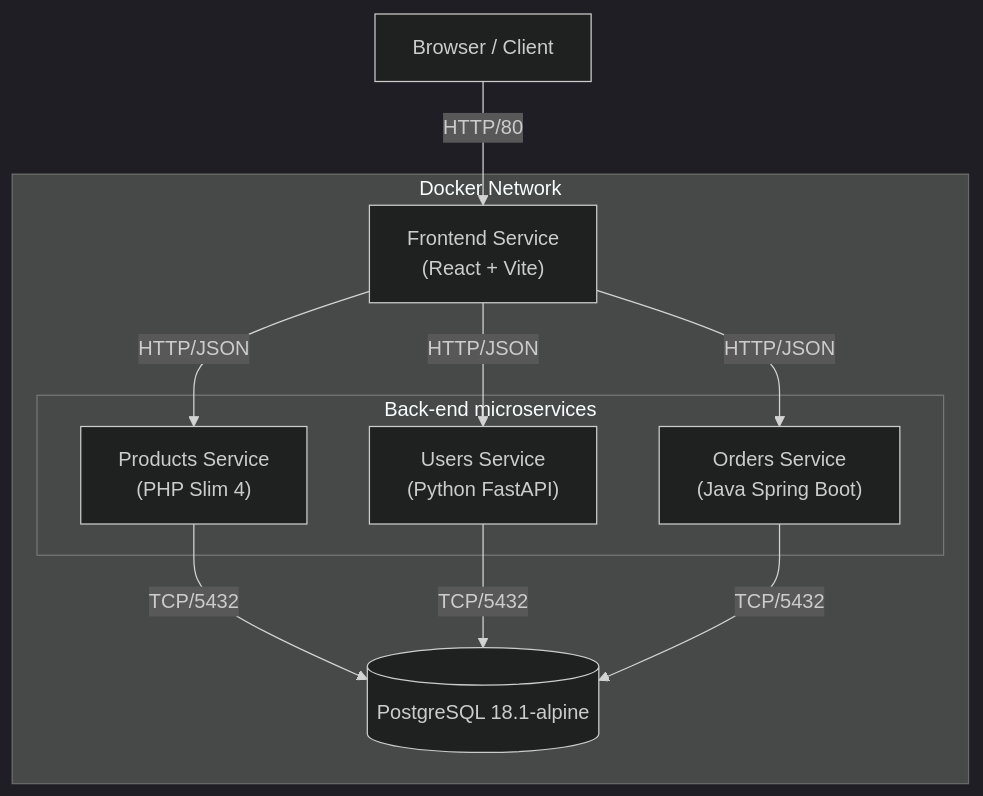
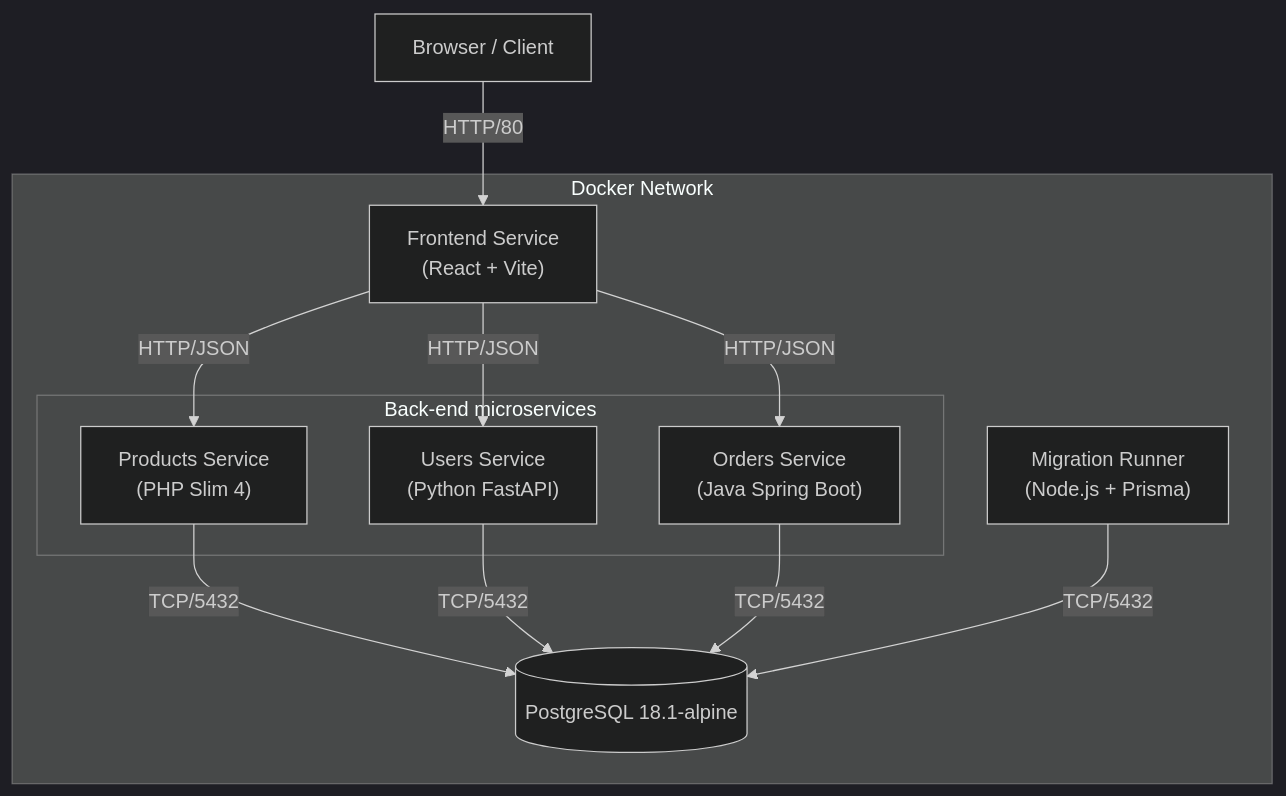
The diagram in ARCHITECTURE.md (mleitass/sdk-template-project), drawn with Mermaid (dark theme) before and after one commit. The commit also changed other lines of this file, not shown here.

Commit message:
chore: added prisma to stack

````diff
--- a/ARCHITECTURE.md
+++ b/ARCHITECTURE.md
@@ -9,24 +9,27 @@
 ```mermaid
 graph TD
     Client[Browser / Client]
     
     subgraph Docker Network
         Frontend["Frontend Service<br/>(React + Vite)"]
         
         subgraph BackendServices [Back-end microservices]
             Products["Products Service<br/>(PHP Slim 4)"]
             Users["Users Service<br/>(Python FastAPI)"]
             Orders["Orders Service<br/>(Java Spring Boot)"]
         end
         
         DB[(PostgreSQL 18.1-alpine)]
+
+        Migration["Migration Runner<br/>(Node.js + Prisma)"]
     end
 
     Client -- HTTP/80 --> Frontend
     Frontend -- HTTP/JSON --> Products
     Frontend -- HTTP/JSON --> Users
     Frontend -- HTTP/JSON --> Orders
     Products -- TCP/5432 --> DB
     Users -- TCP/5432 --> DB
     Orders -- TCP/5432 --> DB
+    Migration -- TCP/5432 --> DB
 ```
````
